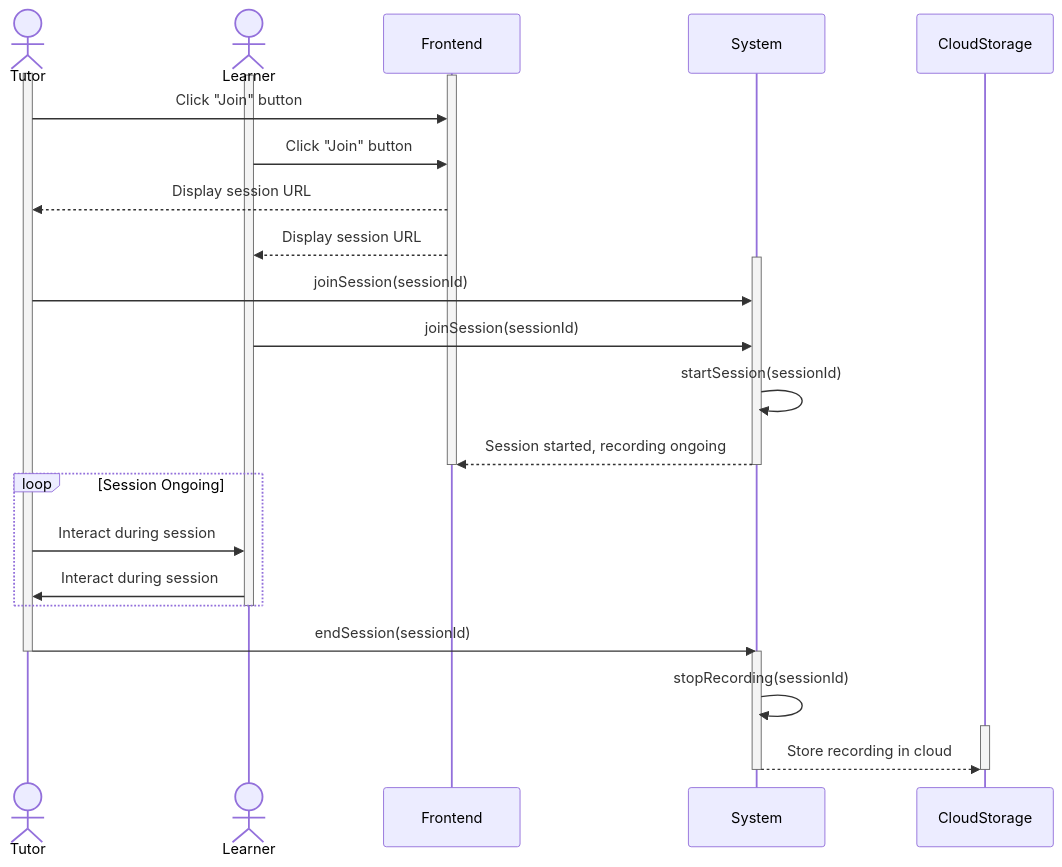
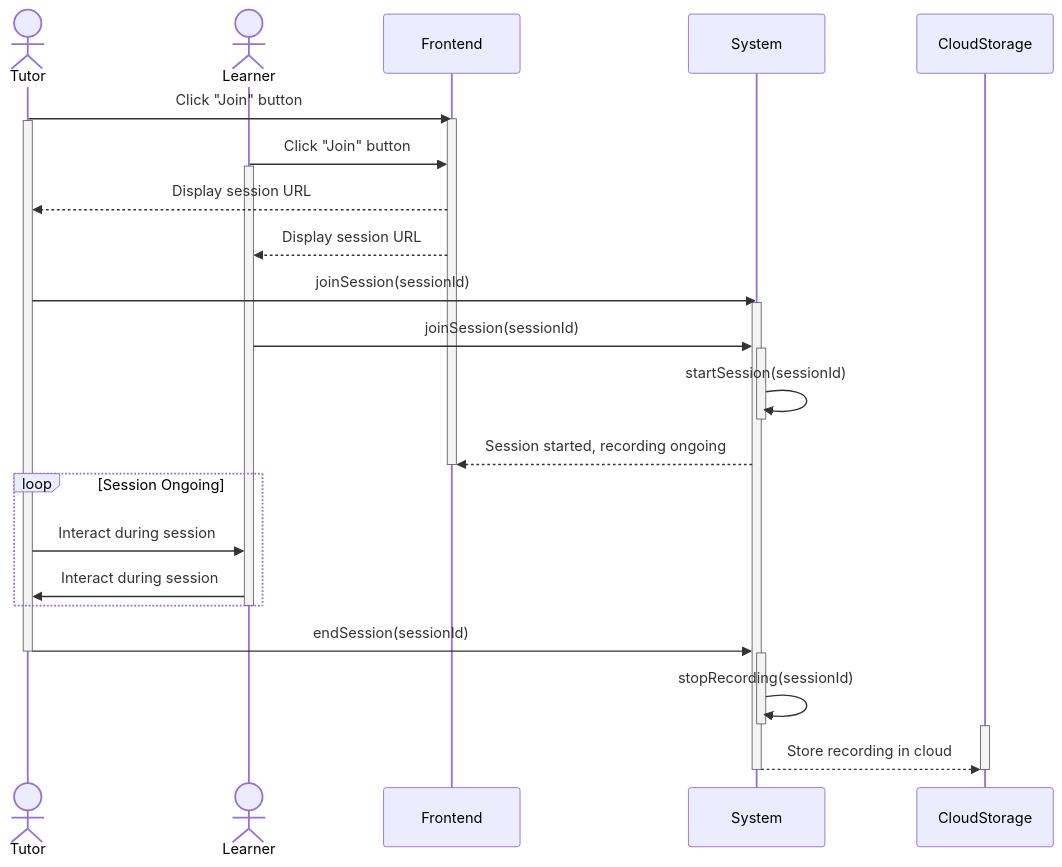
One commit to Shaar03/Diagrams changed the diagram in hostAndRecordSession.mermaid. Above: the diagram before and after it, drawn with Mermaid.

```diff
--- a/hostAndRecordSession.mermaid
+++ b/hostAndRecordSession.mermaid
@@ -1,37 +1,39 @@
 sequenceDiagram
     actor Tutor
     actor Learner
     participant Frontend
     participant System
     participant CloudStorage
 
+    Tutor->>Frontend: Click "Join" button
+    activate Frontend
     activate Tutor
+    Learner->>Frontend: Click "Join" button
     activate Learner
-    activate Frontend
-    Tutor->>Frontend: Click "Join" button
-    Learner->>Frontend: Click "Join" button
     Frontend-->>Tutor: Display session URL
     Frontend-->>Learner: Display session URL
 
+    Tutor->>System: joinSession(sessionId)
     activate System
-    Tutor->>System: joinSession(sessionId)
     Learner->>System: joinSession(sessionId)
+    activate System
     System->>System: startSession(sessionId)
+    deactivate System
     System-->>Frontend: Session started, recording ongoing
-    deactivate System
     deactivate Frontend
 
     loop Session Ongoing
         Tutor->>Learner: Interact during session
         Learner->>Tutor: Interact during session
     end
     deactivate Learner
 
     Tutor->>System: endSession(sessionId)
     deactivate Tutor
     activate System
     System->>System: stopRecording(sessionId)
+    deactivate System
     activate CloudStorage
     System-->>CloudStorage: Store recording in cloud
     deactivate System
     deactivate CloudStorage
```
